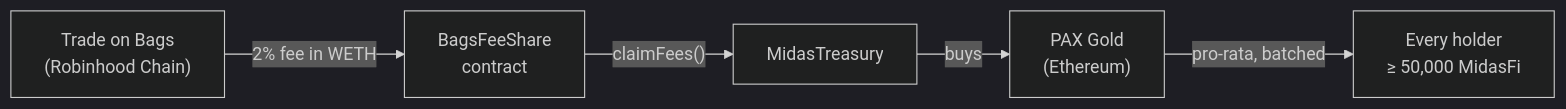
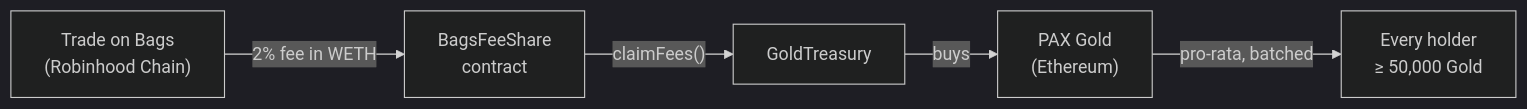
Before and after one commit to gumballchief/gldfi: the diagram in README.md, drawn with Mermaid (dark theme). The commit also changed other lines of this file and 11 other files, not shown here.

First line of the commit message:
Rename brand MidasFi -> Gold everywhere; contracts Midas* -> Gold*

````diff
--- a/README.md
+++ b/README.md
@@ -26,7 +26,7 @@
 ```mermaid
 flowchart LR
     A["Trade on Bags\n(Robinhood Chain)"] -->|"2% fee in WETH"| B["BagsFeeShare\ncontract"]
-    B -->|"claimFees()"| C["MidasTreasury"]
+    B -->|"claimFees()"| C["GoldTreasury"]
     C -->|"buys"| D["PAX Gold\n(Ethereum)"]
-    D -->|"pro-rata, batched"| E["Every holder\n≥ 50,000 MidasFi"]
+    D -->|"pro-rata, batched"| E["Every holder\n≥ 50,000 Gold"]
 ```
````
